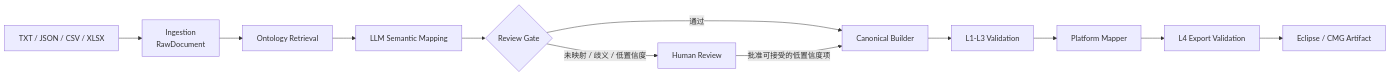
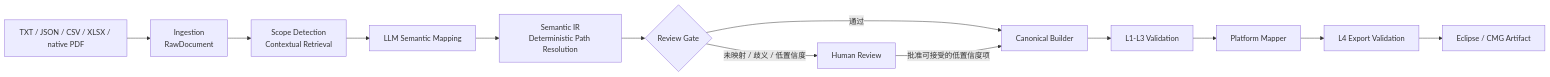
The diagram in README.md (StevenMa616777/Ontology-Driven-Reservoir-Data-Translator), drawn with Mermaid before and after one commit. The commit also changed other lines of this file and 47 other files, not shown here.

````diff
--- a/README.md
+++ b/README.md
@@ -26,14 +33,15 @@
 ```mermaid
 flowchart LR
-    A[TXT / JSON / CSV / XLSX] --> B[Ingestion<br/>RawDocument]
-    B --> C[Ontology Retrieval]
+    A[TXT / JSON / CSV / XLSX / native PDF] --> B[Ingestion<br/>RawDocument]
+    B --> C[Scope Detection<br/>Contextual Retrieval]
     C --> D[LLM Semantic Mapping]
-    D --> E{Review Gate}
+    D --> R[Semantic IR<br/>Deterministic Path Resolution]
+    R --> E{Review Gate}
     E -->|未映射 / 歧义 / 低置信度| F[Human Review]
     E -->|通过| G[Canonical Builder]
     F -->|批准可接受的低置信度项| G
     G --> H[L1-L3 Validation]
     H --> I[Platform Mapper]
     I --> J[L4 Export Validation]
     J --> K[Eclipse / CMG Artifact]
 ```
````
